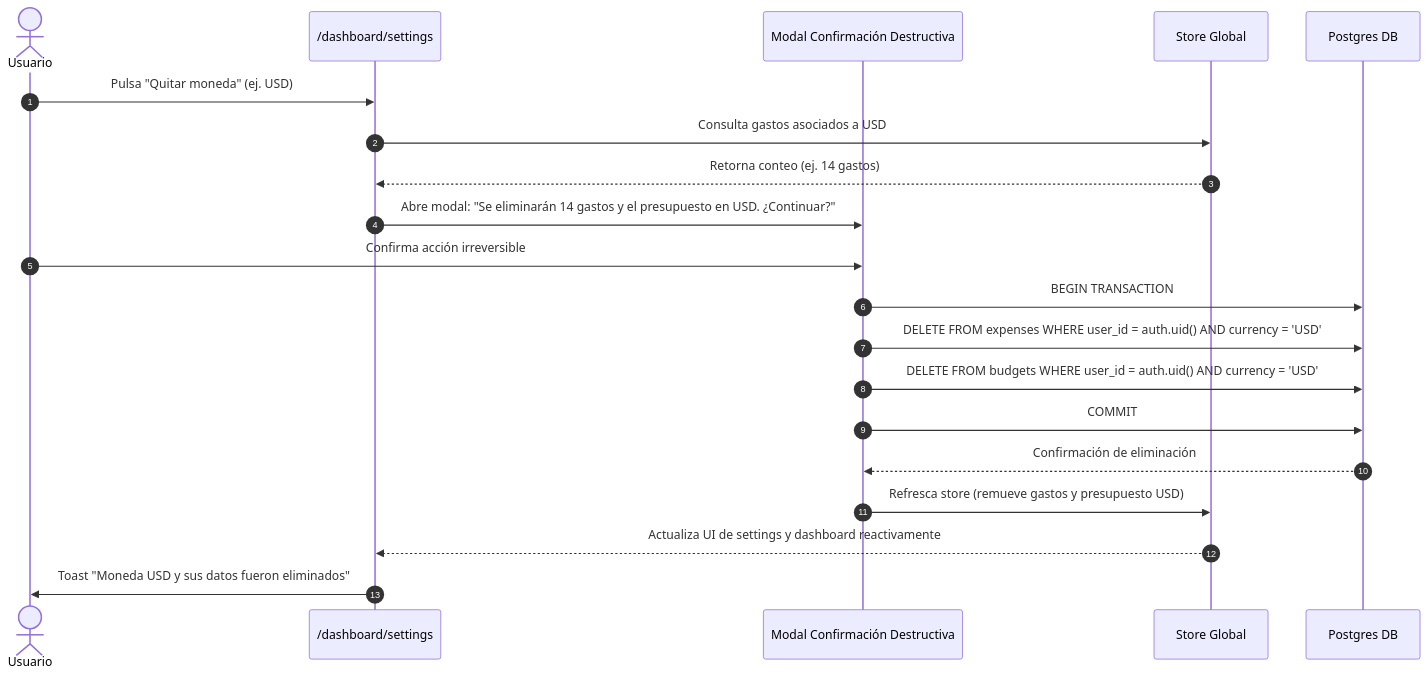
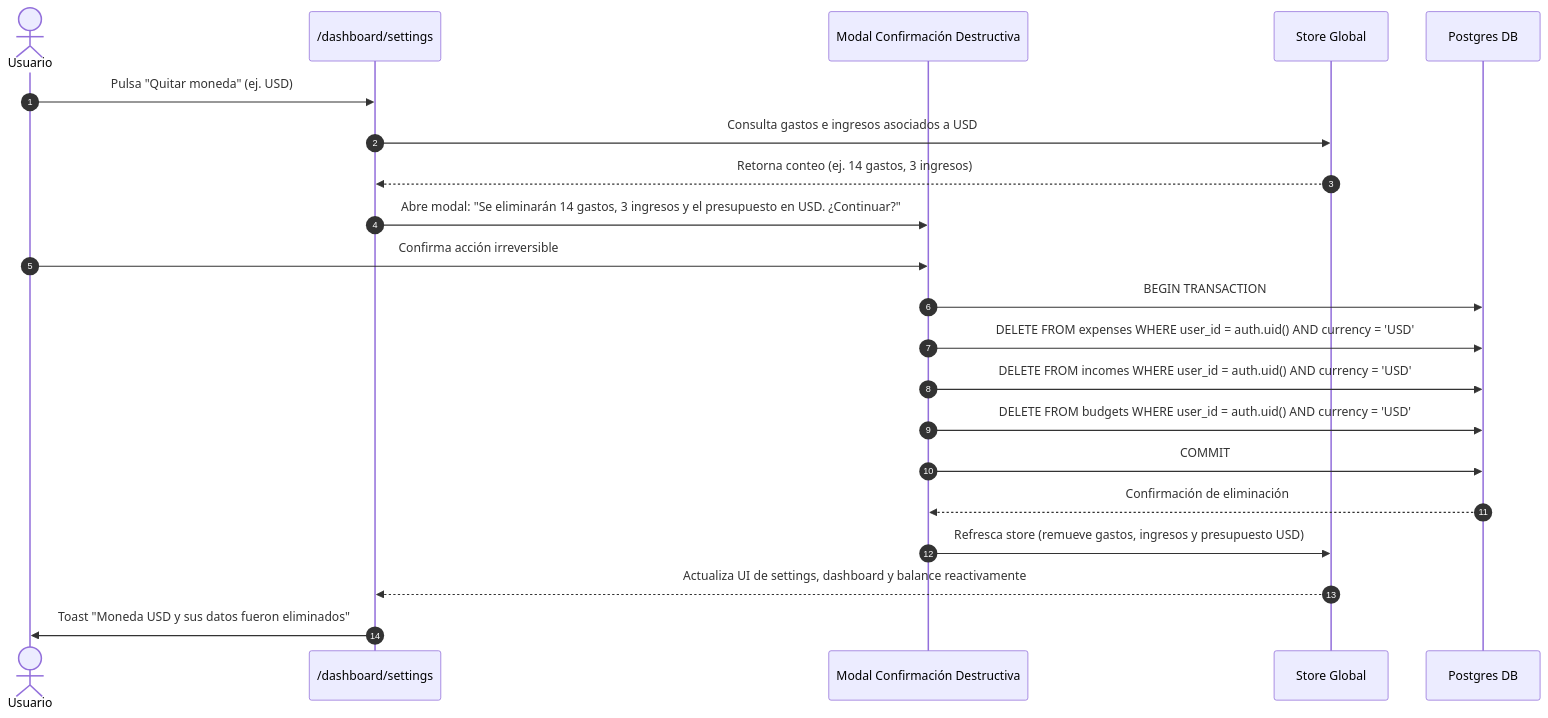
The seventh of 9 diagrams in docs/architecture/ARCHITECTURE_SPEC.md (Petzega/paltazo-web-app), drawn with Mermaid before and after one commit. The commit also changed other lines of this file and 34 other files, not shown here.

````diff
--- a/docs/architecture/ARCHITECTURE_SPEC.md
+++ b/docs/architecture/ARCHITECTURE_SPEC.md
@@ -191,23 +283,24 @@
 ```mermaid
 sequenceDiagram
     autonumber
     actor U as Usuario
     participant S as /dashboard/settings
     participant M as Modal Confirmación Destructiva
     participant St as Store Global
     participant DB as Postgres DB
 
     U->>S: Pulsa "Quitar moneda" (ej. USD)
-    S->>St: Consulta gastos asociados a USD
-    St-->>S: Retorna conteo (ej. 14 gastos)
-    S->>M: Abre modal: "Se eliminarán 14 gastos y el presupuesto en USD. ¿Continuar?"
+    S->>St: Consulta gastos e ingresos asociados a USD
+    St-->>S: Retorna conteo (ej. 14 gastos, 3 ingresos)
+    S->>M: Abre modal: "Se eliminarán 14 gastos, 3 ingresos y el presupuesto en USD. ¿Continuar?"
     U->>M: Confirma acción irreversible
     M->>DB: BEGIN TRANSACTION
     M->>DB: DELETE FROM expenses WHERE user_id = auth.uid() AND currency = 'USD'
+    M->>DB: DELETE FROM incomes WHERE user_id = auth.uid() AND currency = 'USD'
     M->>DB: DELETE FROM budgets WHERE user_id = auth.uid() AND currency = 'USD'
     M->>DB: COMMIT
     DB-->>M: Confirmación de eliminación
-    M->>St: Refresca store (remueve gastos y presupuesto USD)
-    St-->>S: Actualiza UI de settings y dashboard reactivamente
+    M->>St: Refresca store (remueve gastos, ingresos y presupuesto USD)
+    St-->>S: Actualiza UI de settings, dashboard y balance reactivamente
     S->>U: Toast "Moneda USD y sus datos fueron eliminados"
 ```
````
